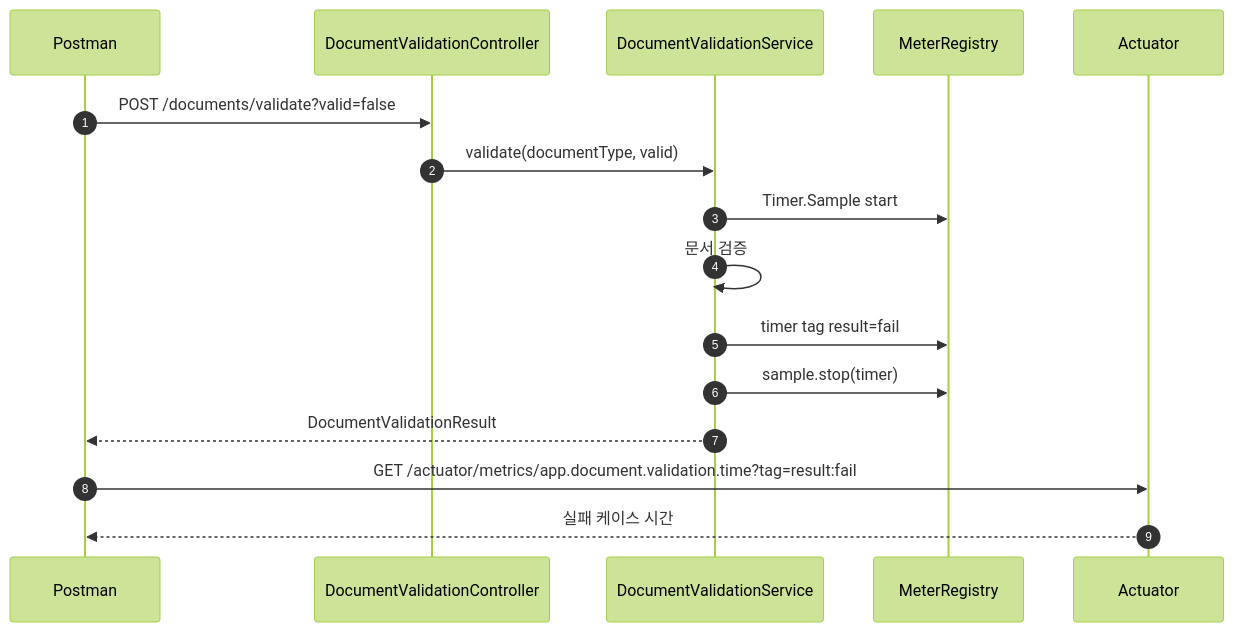
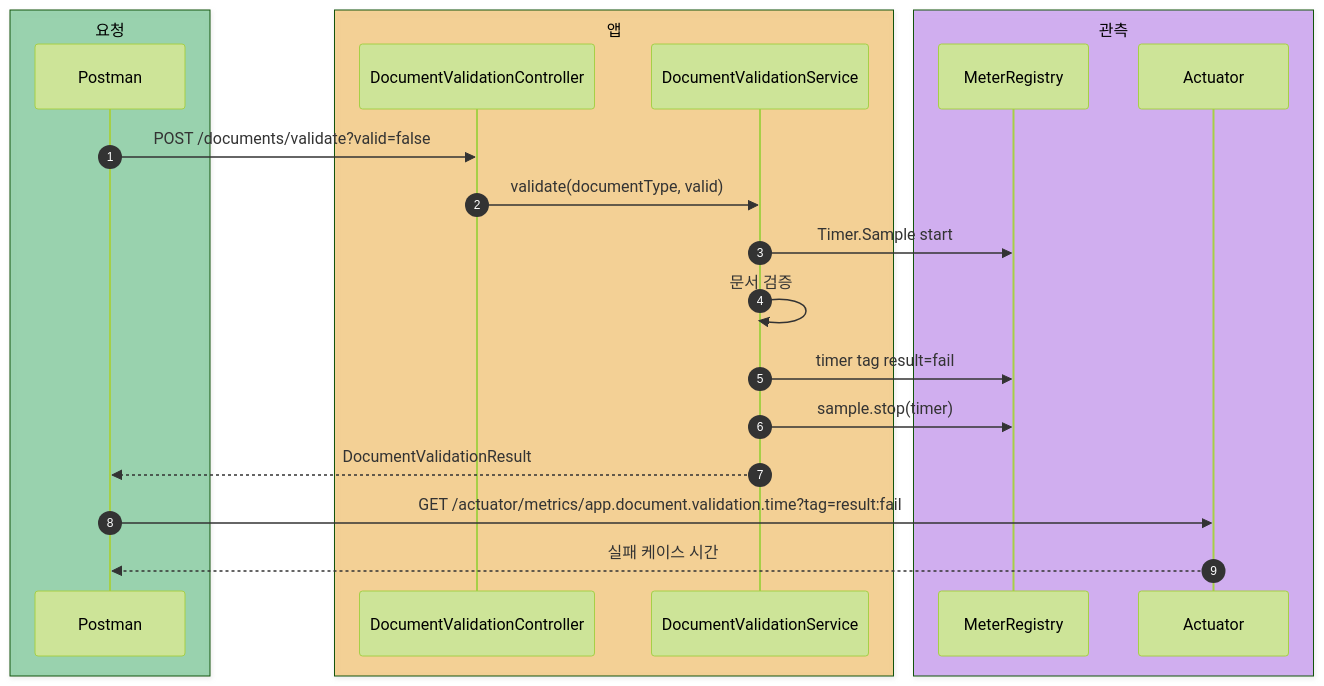
One commit to HJC96/deep-dive changed the ninth of 13 diagrams in labs/spring-boot-actuator/README.md. Above: the diagram before and after it, drawn with Mermaid (forest theme). The commit also changed other lines of this file and 4 other files, not shown here.

````diff
--- a/labs/spring-boot-actuator/README.md
+++ b/labs/spring-boot-actuator/README.md
@@ -1151,18 +1222,28 @@
 ```mermaid
 sequenceDiagram
     autonumber
+
+    box rgba(22, 163, 74, 0.40) 요청
     participant Postman
+    end
+
+    box rgba(245, 158, 11, 0.40) 앱
     participant Controller as DocumentValidationController
     participant Service as DocumentValidationService
+    end
+
+    box rgba(147, 51, 234, 0.35) 관측
     participant Registry as MeterRegistry
     participant Actuator
+    end
+
     Postman->>Controller: POST /documents/validate?valid=false
     Controller->>Service: validate(documentType, valid)
     Service->>Registry: Timer.Sample start
     Service->>Service: 문서 검증
     Service->>Registry: timer tag result=fail
     Service->>Registry: sample.stop(timer)
     Service-->>Postman: DocumentValidationResult
     Postman->>Actuator: GET /actuator/metrics/app.document.validation.time?tag=result:fail
     Actuator-->>Postman: 실패 케이스 시간
 ```
````
